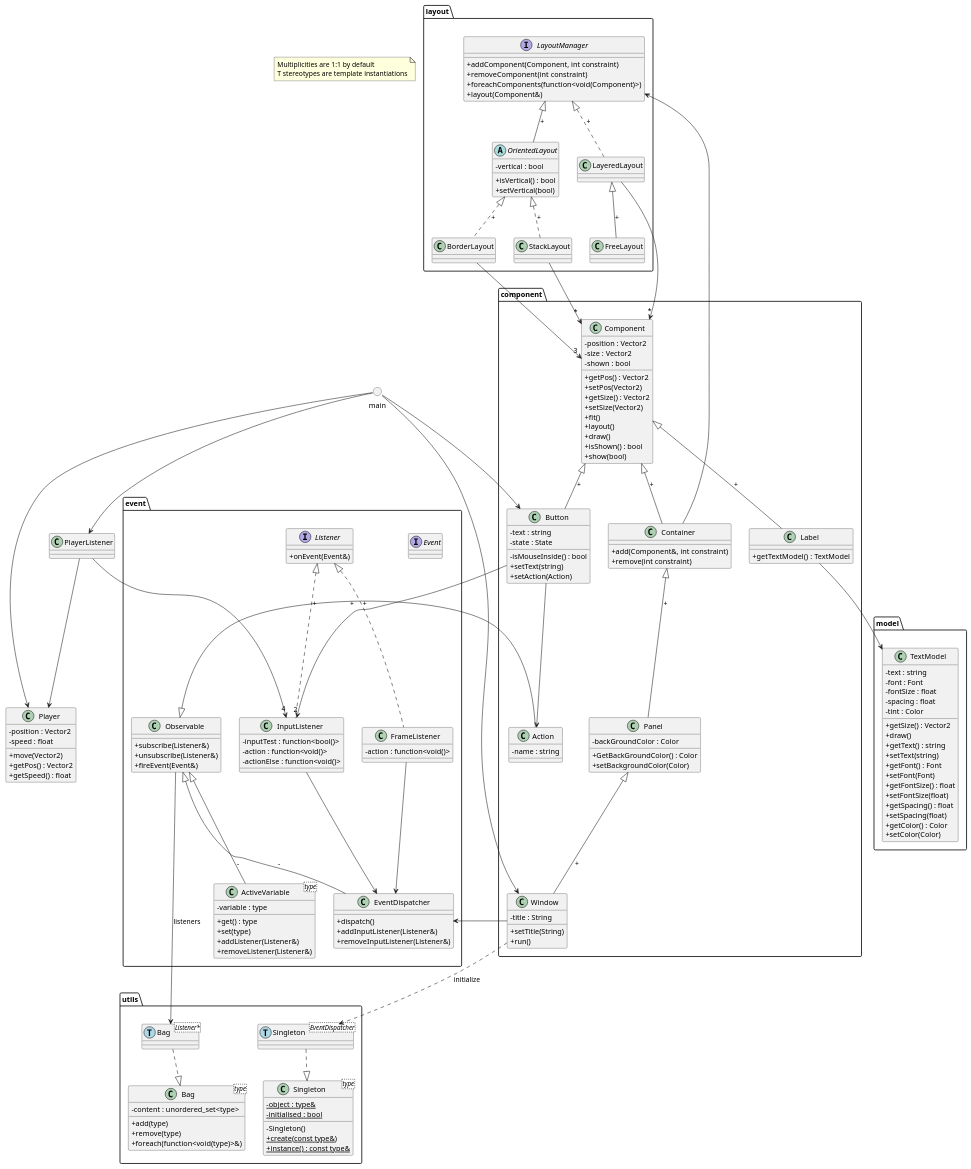
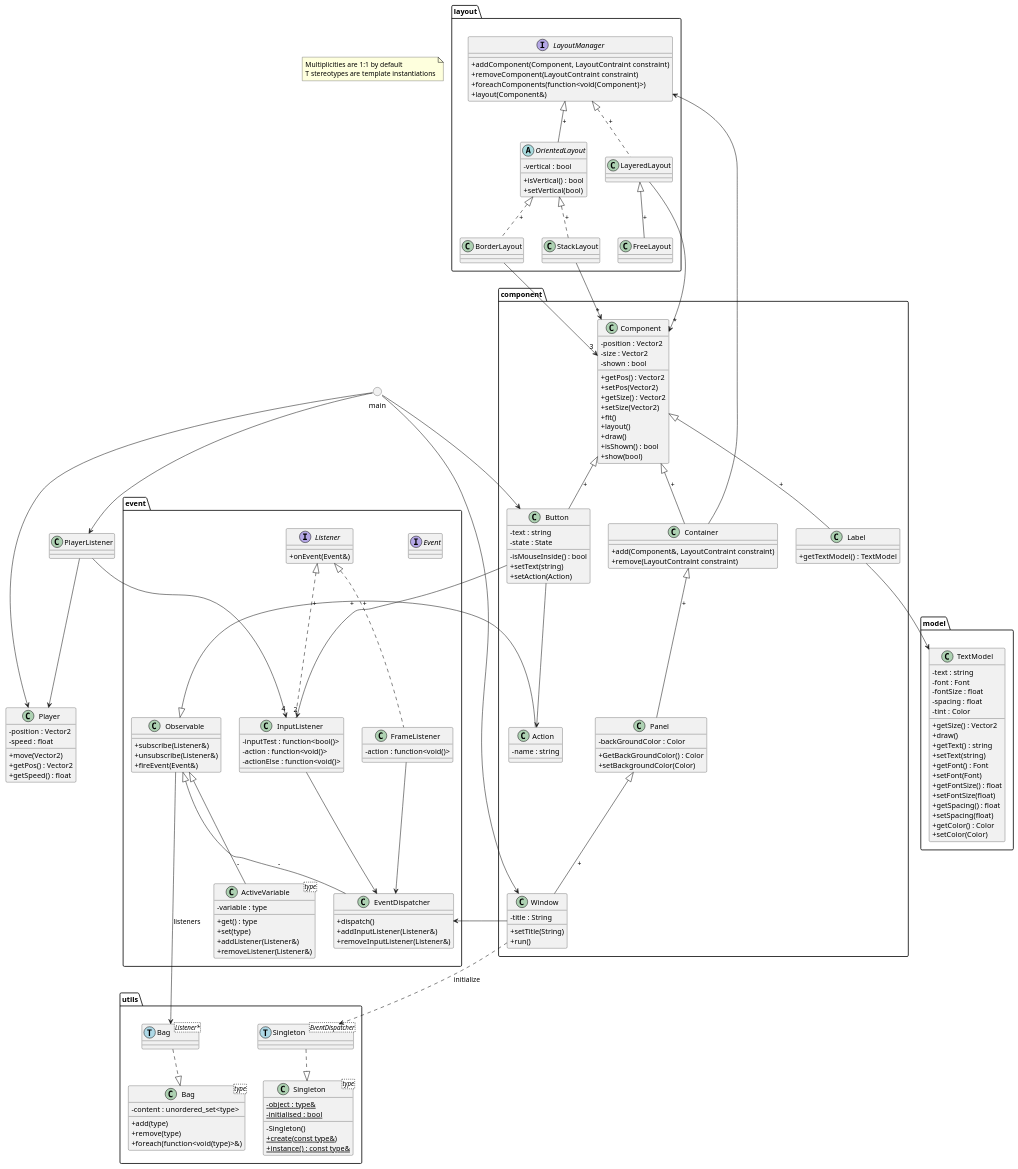
One commit to julesdupuis/CPP-UI-toolkit changed the diagram in project.puml. Above: the diagram before and after it, drawn with PlantUML. The commit also changed 11 other files, not shown here.

```diff
--- a/project.puml
+++ b/project.puml
@@ -112,8 +112,8 @@
         -name : string
     }
     class Container{
-        +add(Component&, int constraint)
-        +remove(int constraint)
+        +add(Component&, LayoutContraint constraint)
+        +remove(LayoutContraint constraint)
     }
     class Panel{
         -backGroundColor : Color
@@ -145,8 +145,8 @@
 
 package layout{
     interface LayoutManager{
-        +addComponent(Component, int constraint)
-        +removeComponent(int constraint)
+        +addComponent(Component, LayoutContraint constraint)
+        +removeComponent(LayoutContraint constraint)
         +foreachComponents(function<void(Component)>)
         +layout(Component&)
     }
```
